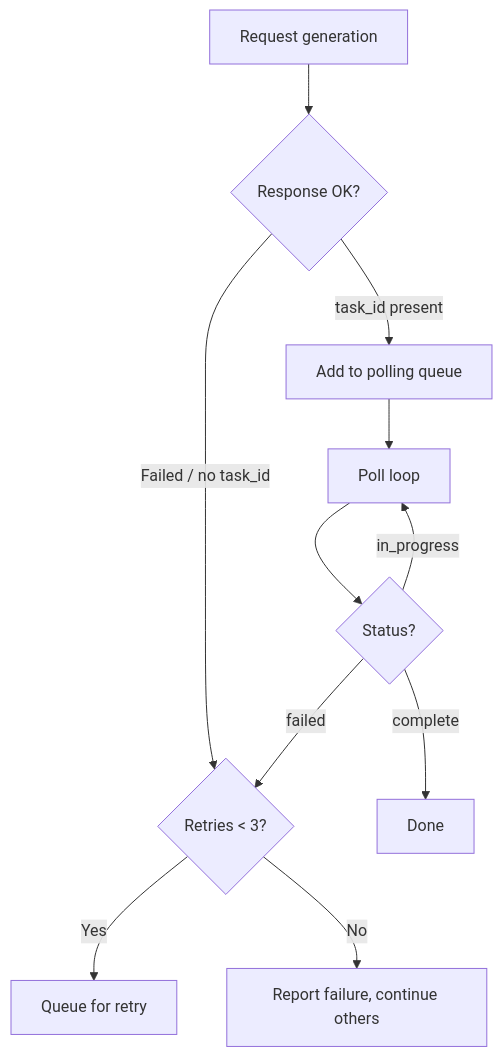
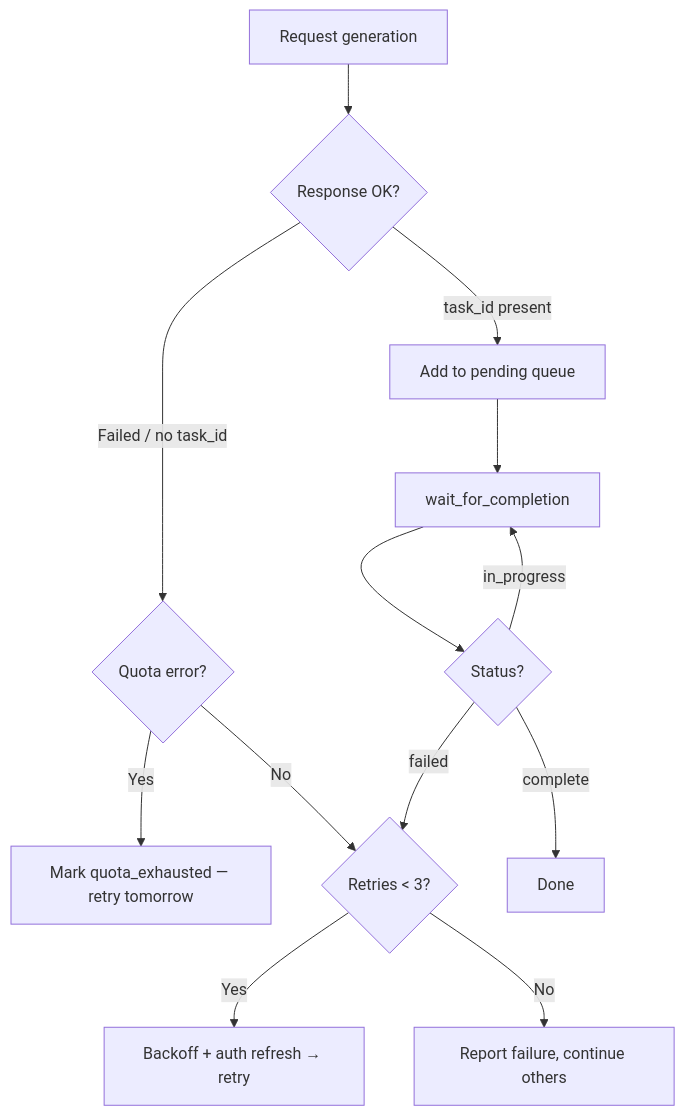
Before and after one commit to NetDevAutomate/notebooklm-repo-artefacts: the first of 2 diagrams in docs/troubleshooting.md, drawn with Mermaid. The commit also changed other lines of this file and 18 other files, not shown here.

````diff
--- a/docs/troubleshooting.md
+++ b/docs/troubleshooting.md
@@ -13,13 +13,15 @@
 ```mermaid
 graph TD
     A[Request generation] --> B{Response OK?}
-    B -->|task_id present| C[Add to polling queue]
-    B -->|Failed / no task_id| D{Retries < 3?}
-    D -->|Yes| E[Queue for retry]
-    D -->|No| F[Report failure, continue others]
-    C --> G[Poll loop]
-    G --> H{Status?}
-    H -->|complete| I[Done]
-    H -->|failed| D
-    H -->|in_progress| G
+    B -->|task_id present| C[Add to pending queue]
+    B -->|Failed / no task_id| D{Quota error?}
+    D -->|Yes| E[Mark quota_exhausted — retry tomorrow]
+    D -->|No| F{Retries < 3?}
+    F -->|Yes| G[Backoff + auth refresh → retry]
+    F -->|No| H[Report failure, continue others]
+    C --> I[wait_for_completion]
+    I --> J{Status?}
+    J -->|complete| K[Done]
+    J -->|failed| F
+    J -->|in_progress| I
 ```
````
